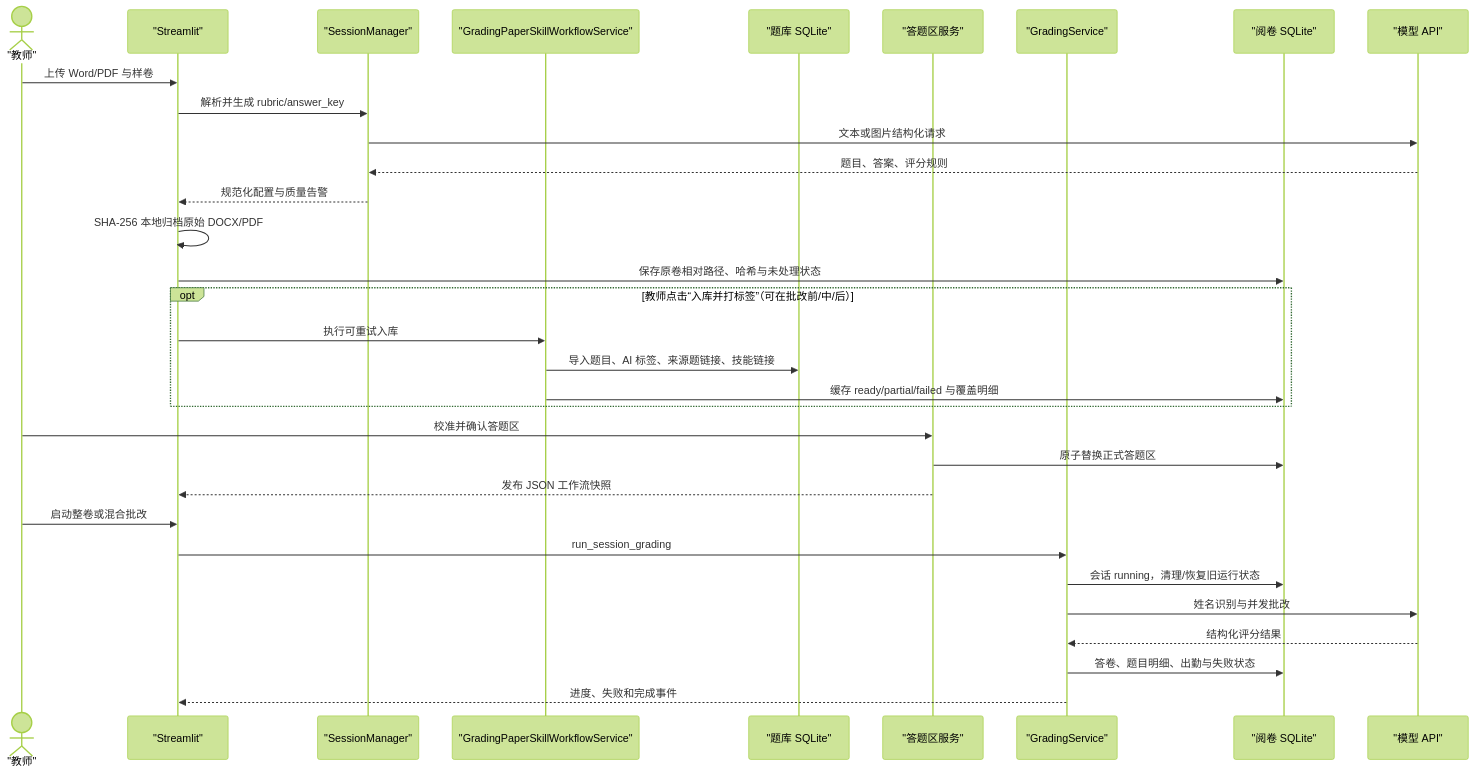
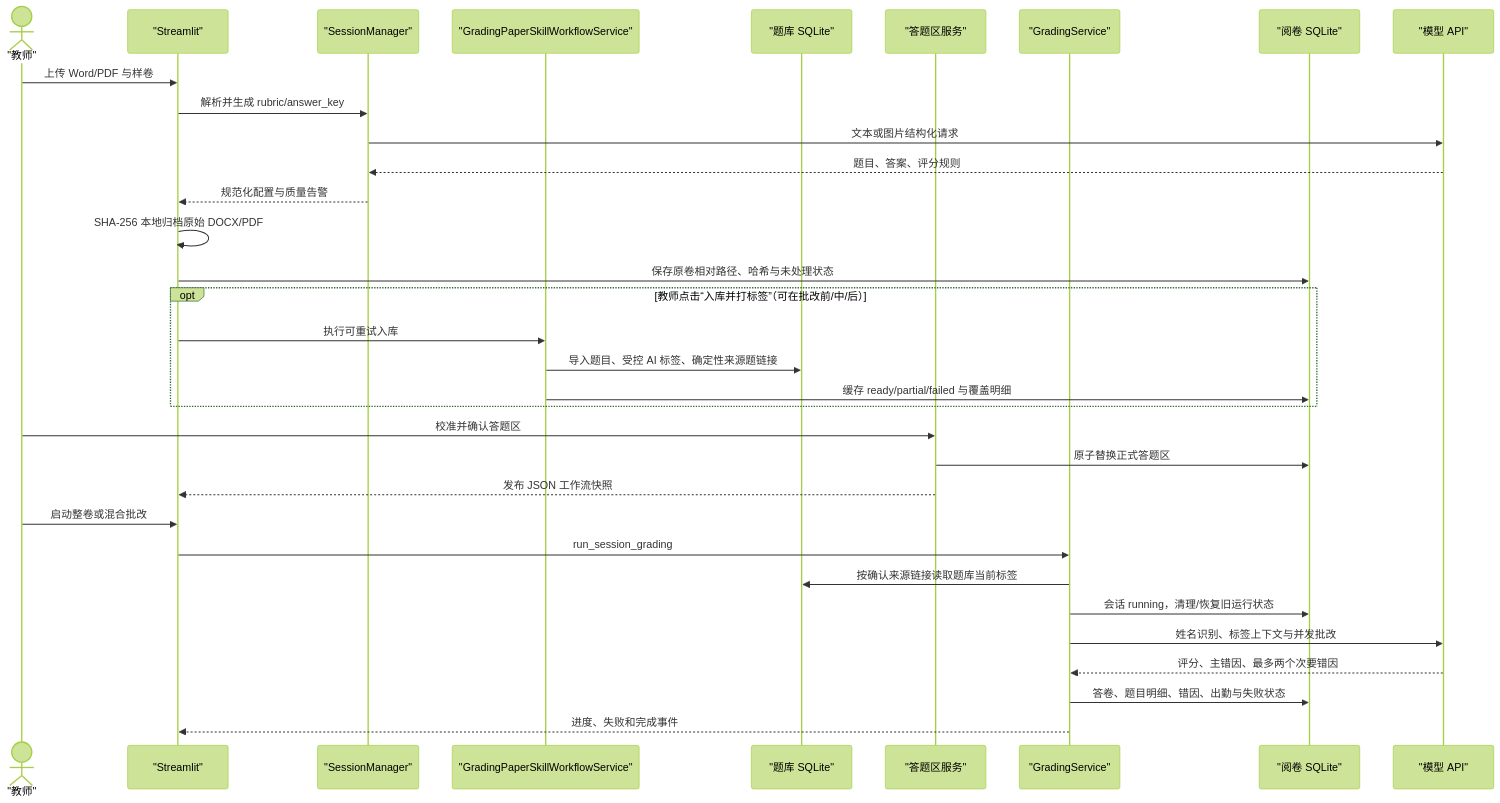
The third of 5 diagrams in ARCHITECTURE.md (Hineni412/ai-grading-system-workstation), drawn with Mermaid (forest theme) before and after one commit. The commit also changed other lines of this file and 4 other files, not shown here.

````diff
--- a/ARCHITECTURE.md
+++ b/ARCHITECTURE.md
@@ -235,35 +237,36 @@
 ```mermaid
 sequenceDiagram
     actor U as "教师"
     participant UI as "Streamlit"
     participant CFG as "SessionManager"
     participant WF as "GradingPaperSkillWorkflowService"
     participant QB as "题库 SQLite"
     participant REG as "答题区服务"
     participant GR as "GradingService"
     participant DB as "阅卷 SQLite"
     participant AI as "模型 API"
 
     U->>UI: 上传 Word/PDF 与样卷
     UI->>CFG: 解析并生成 rubric/answer_key
     CFG->>AI: 文本或图片结构化请求
     AI-->>CFG: 题目、答案、评分规则
     CFG-->>UI: 规范化配置与质量告警
     UI->>UI: SHA-256 本地归档原始 DOCX/PDF
     UI->>DB: 保存原卷相对路径、哈希与未处理状态
     opt 教师点击“入库并打标签”（可在批改前/中/后）
         UI->>WF: 执行可重试入库
-        WF->>QB: 导入题目、AI 标签、来源题链接、技能链接
+        WF->>QB: 导入题目、受控 AI 标签、确定性来源题链接
         WF->>DB: 缓存 ready/partial/failed 与覆盖明细
     end
     U->>REG: 校准并确认答题区
     REG->>DB: 原子替换正式答题区
     REG-->>UI: 发布 JSON 工作流快照
     U->>UI: 启动整卷或混合批改
     UI->>GR: run_session_grading
+    GR->>QB: 按确认来源链接读取题库当前标签
     GR->>DB: 会话 running，清理/恢复旧运行状态
-    GR->>AI: 姓名识别与并发批改
-    AI-->>GR: 结构化评分结果
-    GR->>DB: 答卷、题目明细、出勤与失败状态
+    GR->>AI: 姓名识别、标签上下文与并发批改
+    AI-->>GR: 评分、主错因、最多两个次要错因
+    GR->>DB: 答卷、题目明细、错因、出勤与失败状态
     GR-->>UI: 进度、失败和完成事件
 ```
````
